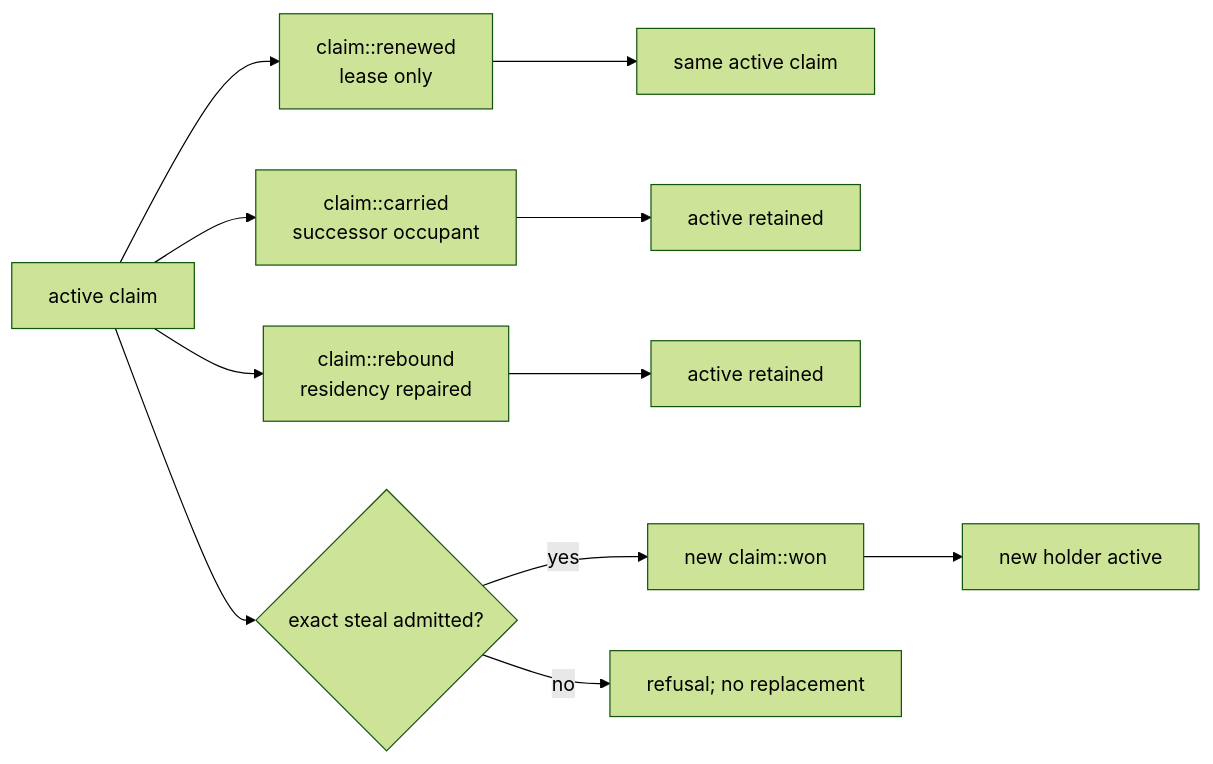
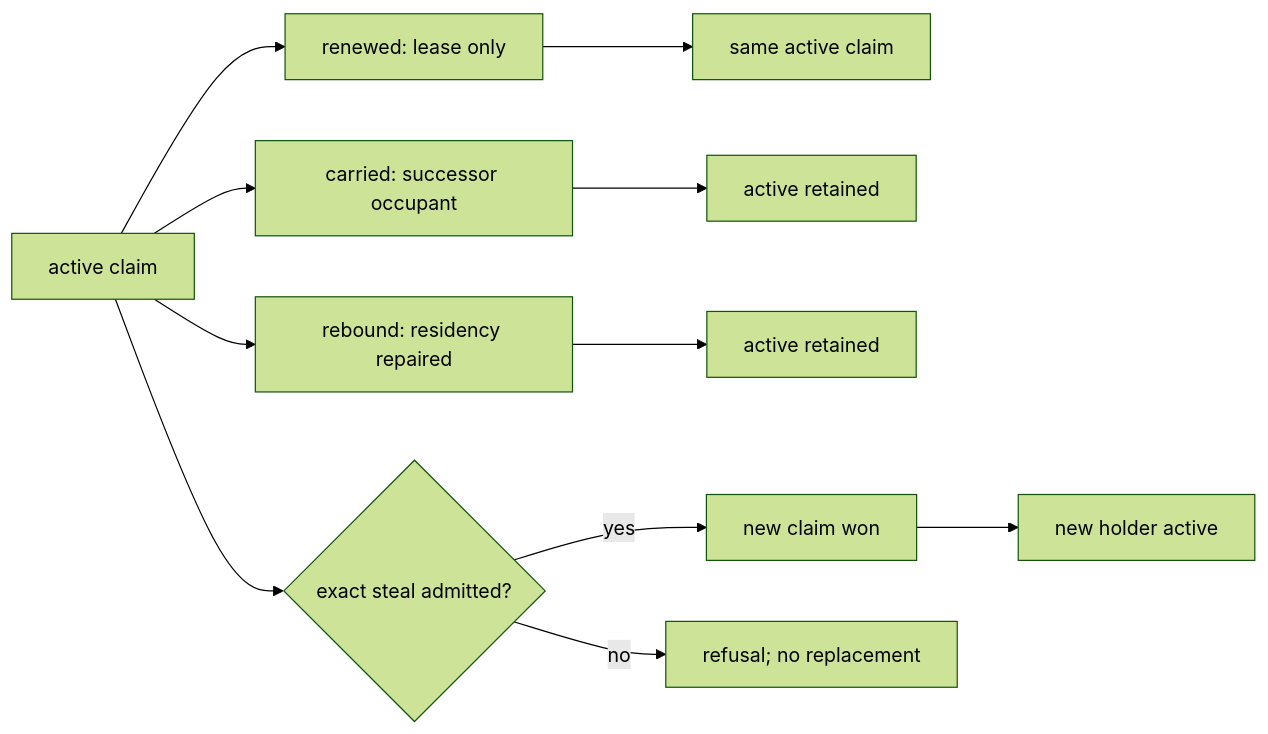
Before and after one commit to infimalabs/spice-rust: the third of 14 diagrams in docs/product/loops.md, drawn with Mermaid (forest theme). The commit also changed other lines of this file and 1 other file, not shown here.

````diff
--- a/docs/product/loops.md
+++ b/docs/product/loops.md
@@ -86,9 +40,9 @@
 ```mermaid
 flowchart LR
-  A["active claim"] --> R["claim::renewed<br/>lease only"] --> AR["same active claim"]
-  A --> C["claim::carried<br/>successor occupant"] --> AC["active retained"]
-  A --> B["claim::rebound<br/>residency repaired"] --> AB["active retained"]
+  A["active claim"] --> R["renewed: lease only"] --> AR["same active claim"]
+  A --> C["carried: successor occupant"] --> AC["active retained"]
+  A --> B["rebound: residency repaired"] --> AB["active retained"]
   A --> S{"exact steal admitted?"}
-  S -- yes --> W["new claim::won"] --> N["new holder active"]
+  S -- yes --> W["new claim won"] --> N["new holder active"]
   S -- no --> F["refusal; no replacement"]
 ```
````
